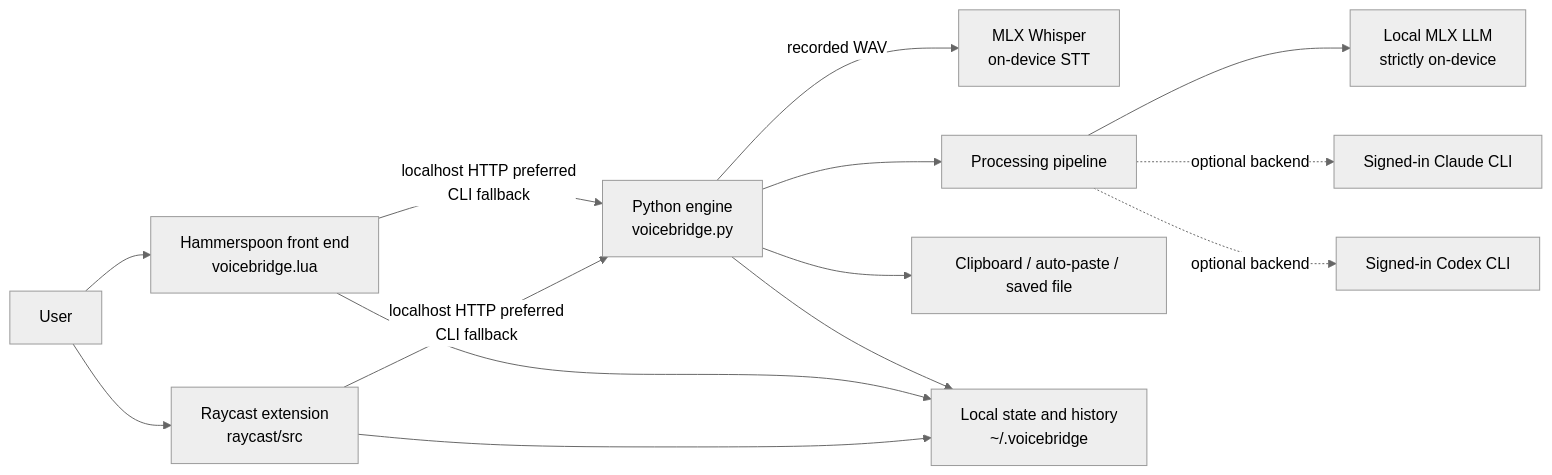
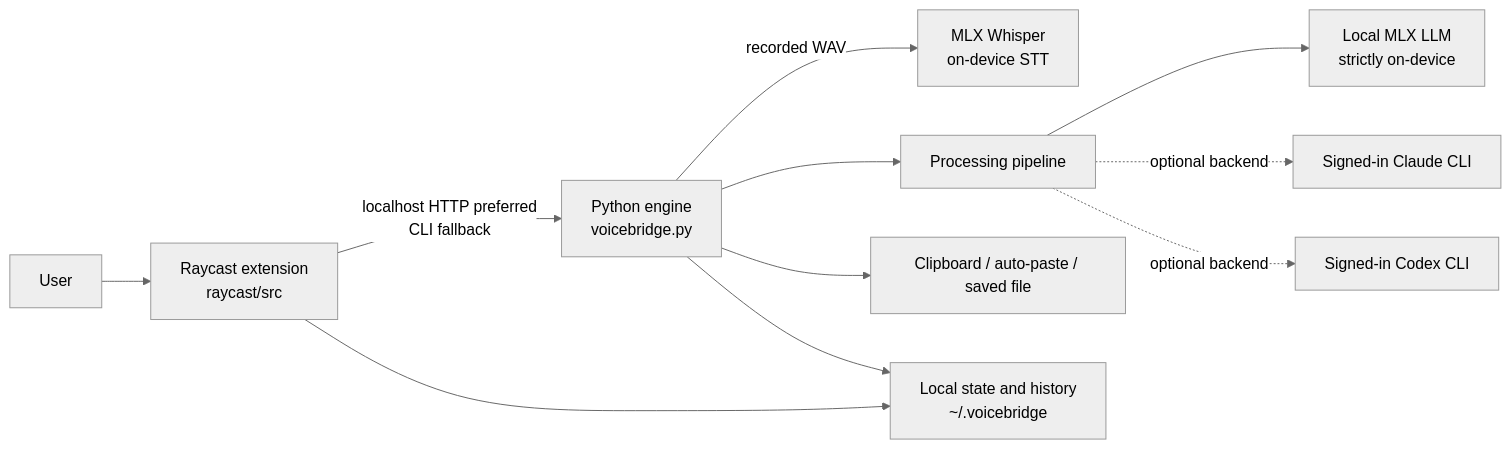
Before and after one commit to benrben/alfred: the diagram in docs/hld.md, drawn with Mermaid (neutral theme). The commit also changed other lines of this file and 30 other files, not shown here.

First line of the commit message:
remove the Hammerspoon/Lua front-end; Raycast is now the only one

````diff
--- a/docs/hld.md
+++ b/docs/hld.md
@@ -18,16 +17,13 @@
 ```mermaid
 flowchart LR
-  U[User] --> H[Hammerspoon front end\nvoicebridge.lua]
-  U --> R[Raycast extension\nraycast/src]
-  H -->|localhost HTTP preferred\nCLI fallback| E
+  U[User] --> R[Raycast extension\nraycast/src]
   R -->|localhost HTTP preferred\nCLI fallback| E[Python engine\nvoicebridge.py]
   E -->|recorded WAV| S[MLX Whisper\non-device STT]
   E --> P[Processing pipeline]
   P --> L[Local MLX LLM\nstrictly on-device]
   P -. optional backend .-> C[Signed-in Claude CLI]
   P -. optional backend .-> X[Signed-in Codex CLI]
   E --> D[Clipboard / auto-paste / saved file]
   E --> F[Local state and history\n~/.voicebridge]
-  H --> F
   R --> F
 ```
````
